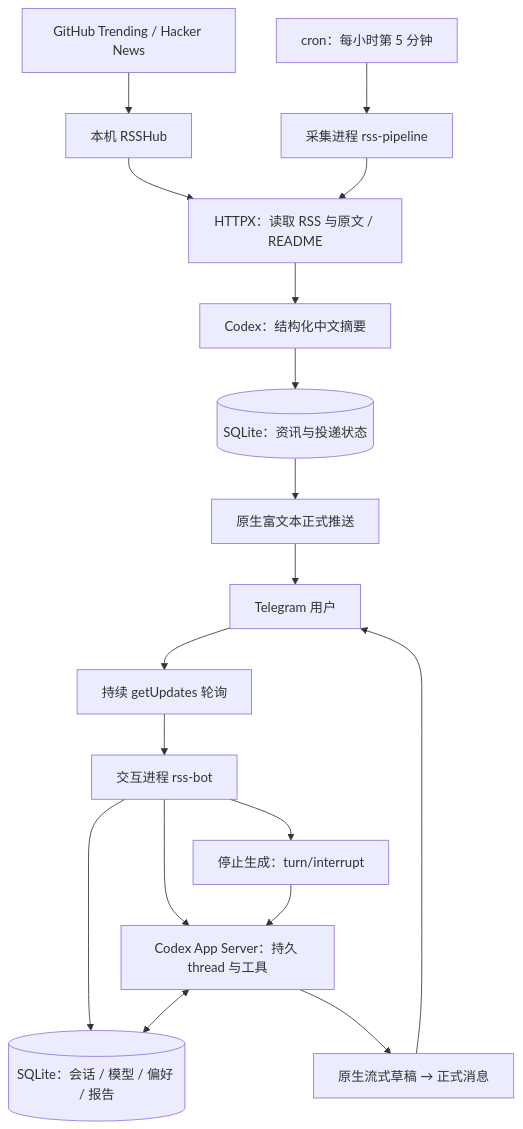
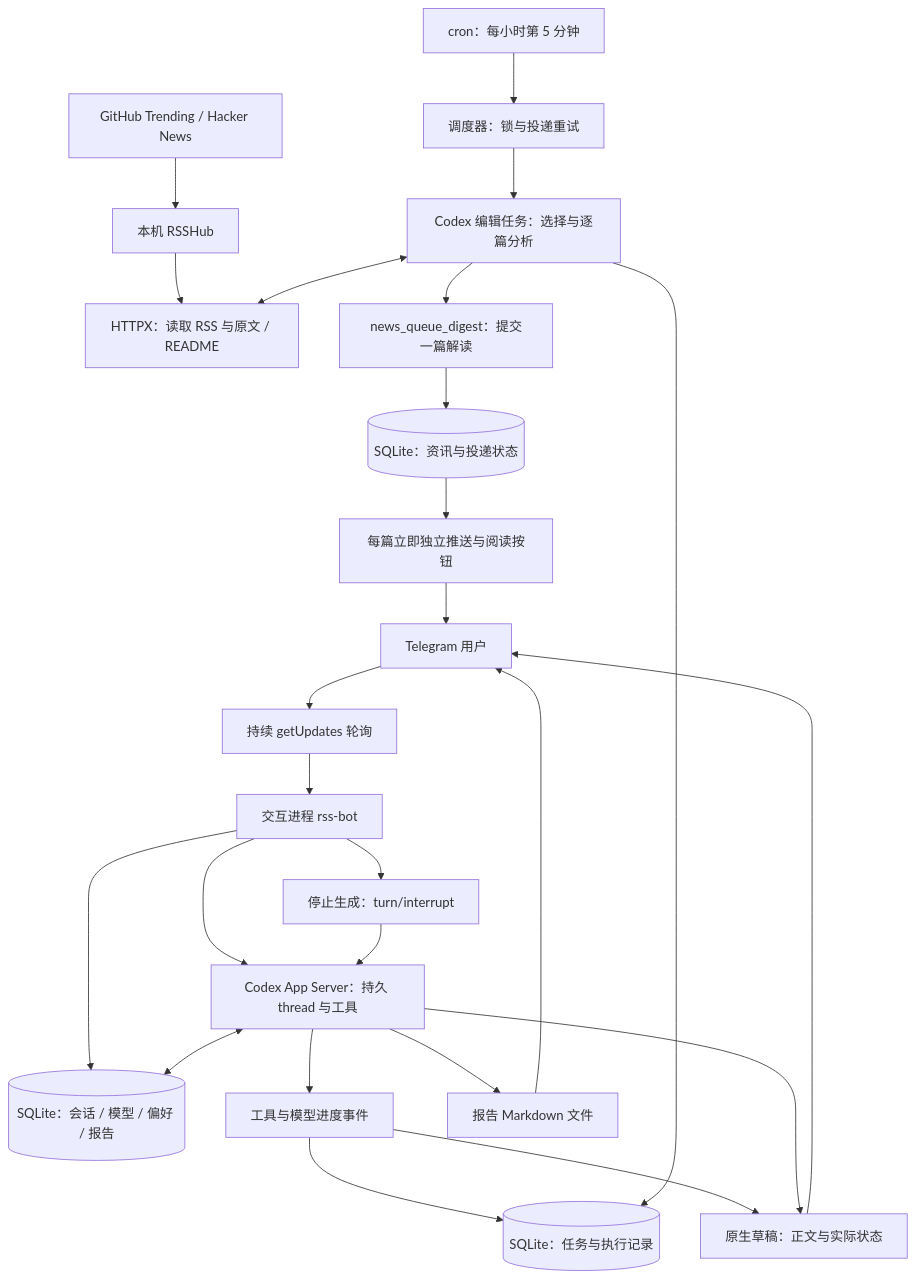
The diagram in README.md (yitom486/rss-pipeline), drawn with Mermaid before and after one commit. The commit also changed other lines of this file and 18 other files, not shown here.

Commit message:
feat: drive per-article news workflow with agent tools and live execution events

````diff
--- a/README.md
+++ b/README.md
@@ -9,21 +9,28 @@
 ```mermaid
 flowchart TD
-    Cron[cron：每小时第 5 分钟] --> Pipeline[采集进程 rss-pipeline]
+    Cron[cron：每小时第 5 分钟] --> Pipeline[调度器：锁与投递重试]
+    Pipeline --> Editor[Codex 编辑任务：选择与逐篇分析]
     Sources[GitHub Trending / Hacker News] --> RSSHub[本机 RSSHub]
     RSSHub --> Fetch[HTTPX：读取 RSS 与原文 / README]
-    Pipeline --> Fetch
-    Fetch --> Summary[Codex：结构化中文摘要]
-    Summary --> Queue[(SQLite：资讯与投递状态)]
-    Queue --> Delivery[原生富文本正式推送]
+    Editor <--> Fetch
+    Editor --> Submit[news_queue_digest：提交一篇解读]
+    Submit --> Queue[(SQLite：资讯与投递状态)]
+    Queue --> Delivery[每篇立即独立推送与阅读按钮]
     Delivery --> Telegram[Telegram 用户]
 
     Telegram --> Poll[持续 getUpdates 轮询]
     Poll --> Bot[交互进程 rss-bot]
     Bot --> State[(SQLite：会话 / 模型 / 偏好 / 报告)]
     Bot --> Agent[Codex App Server：持久 thread 与工具]
     Agent <--> State
-    Agent --> Stream[原生流式草稿 → 正式消息]
+    Agent --> Events[工具与模型进度事件]
+    Events --> Trace[(SQLite：任务与执行记录)]
+    Editor --> Trace
+    Events --> Stream[原生草稿：正文与实际状态]
+    Agent --> Stream
     Stream --> Telegram
+    Agent --> Export[报告 Markdown 文件]
+    Export --> Telegram
     Bot --> Interrupt[停止生成：turn/interrupt]
     Interrupt --> Agent
 ```
````
